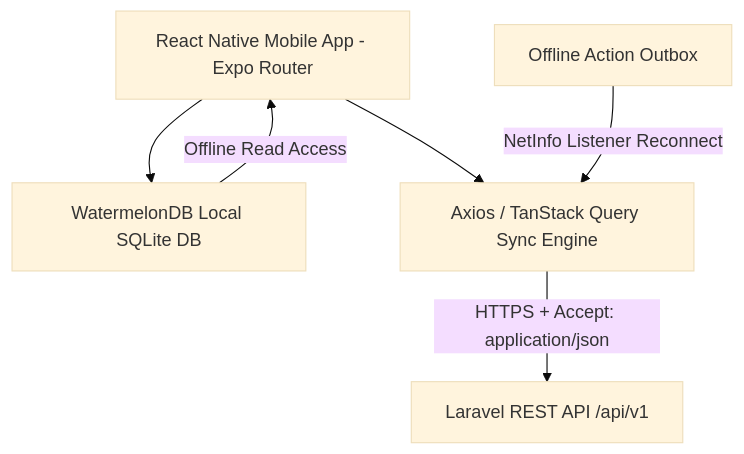
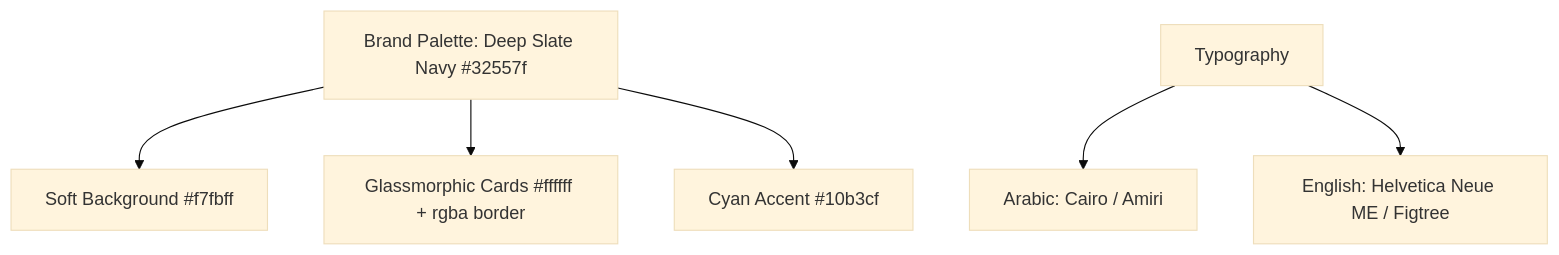
Before and after one commit to NA-Egypt/website: the first of 2 diagrams in CROSS_PLATFORM_MOBILE_APP_PROMPT.md, drawn with Mermaid (base theme). The commit also changed other lines of this file and 1 other file, not shown here.

Commit message:
refactor: update mobile specification documentation and standardize Azure OAuth callback flow

````diff
--- a/CROSS_PLATFORM_MOBILE_APP_PROMPT.md
+++ b/CROSS_PLATFORM_MOBILE_APP_PROMPT.md
@@ -12,8 +12,8 @@
 ```mermaid
 graph TD
-    A[React Native Mobile App - Expo Router] --> B[WatermelonDB Local SQLite DB]
-    A --> C[Axios / TanStack Query Sync Engine]
-    C -->|HTTPS + Accept: application/json| D[Laravel REST API /api/v1]
-    B -->|Offline Read Access| A
-    E[Offline Action Outbox] -->|NetInfo Listener Reconnect| C
+    A[Brand Palette: Deep Slate Navy #32557f] --> B[Soft Background #f7fbff]
+    A --> C[Glassmorphic Cards #ffffff + rgba border]
+    A --> D[Cyan Accent #10b3cf]
+    E[Typography] --> F[Arabic: Cairo / Amiri]
+    E --> G[English: Helvetica Neue ME / Figtree]
 ```
````
